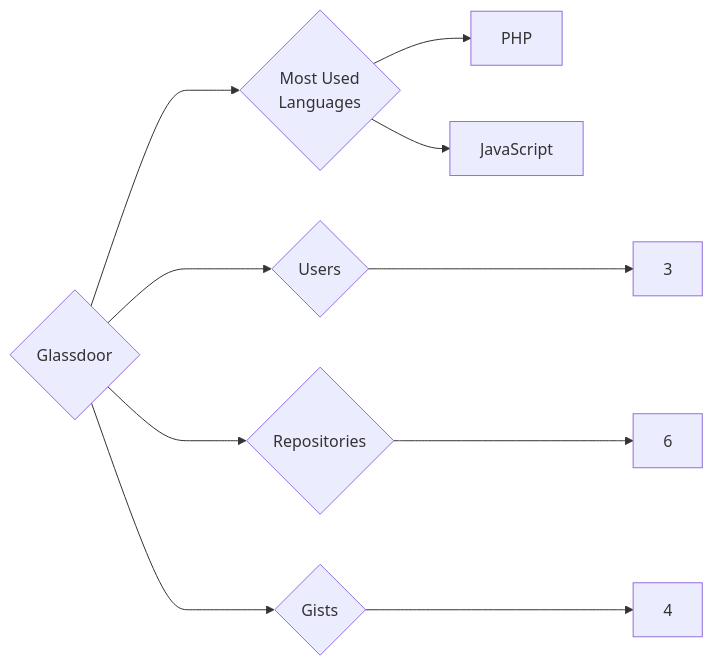
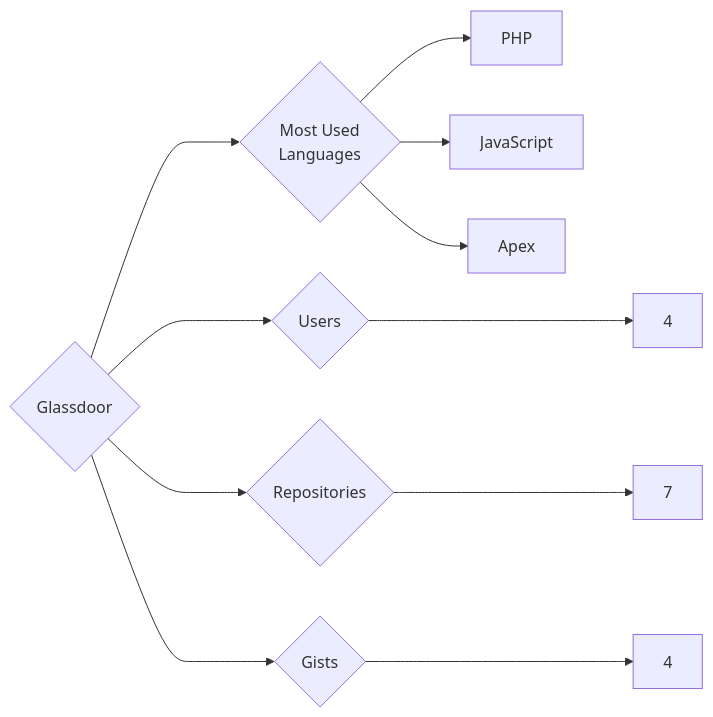
Before and after one commit to trickest/insiders: the diagram in targets/Glassdoor/README.md, drawn with Mermaid. The commit also changed 1023 other files, not shown here.

````diff
--- a/targets/Glassdoor/README.md
+++ b/targets/Glassdoor/README.md
@@ -3,10 +3,11 @@
 ```mermaid
 graph LR
 COMPANY_NAME{Glassdoor}
-COMPANY_NAME ---> U{Users} ---> UN[3]
-COMPANY_NAME ---> R{Repositories} ---> RN[6]
+COMPANY_NAME ---> U{Users} ---> UN[4]
+COMPANY_NAME ---> R{Repositories} ---> RN[7]
 COMPANY_NAME ---> G{Gists} ---> GN[4]
 COMPANY_NAME ---> ML{Most Used<br>Languages}
 ML --> PHP[PHP]
 ML --> JavaScript[JavaScript]
+ML --> Apex[Apex]
 ```
````
